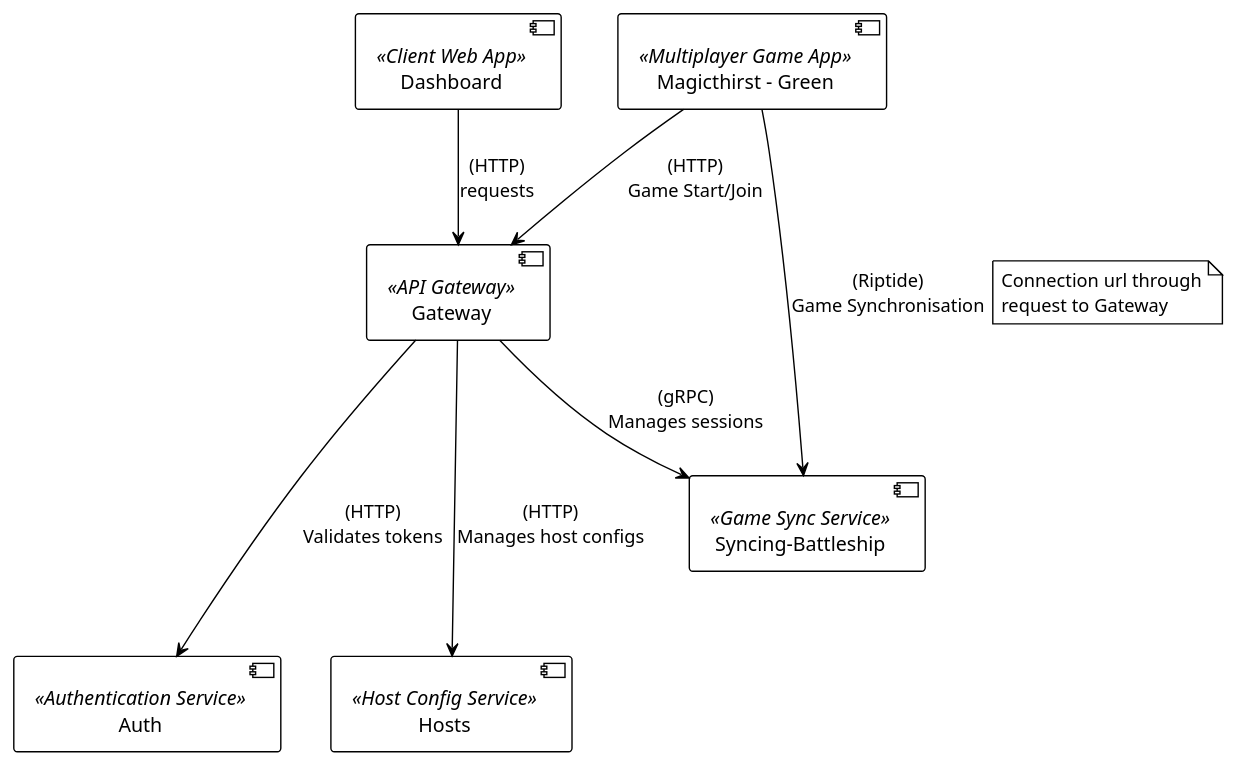
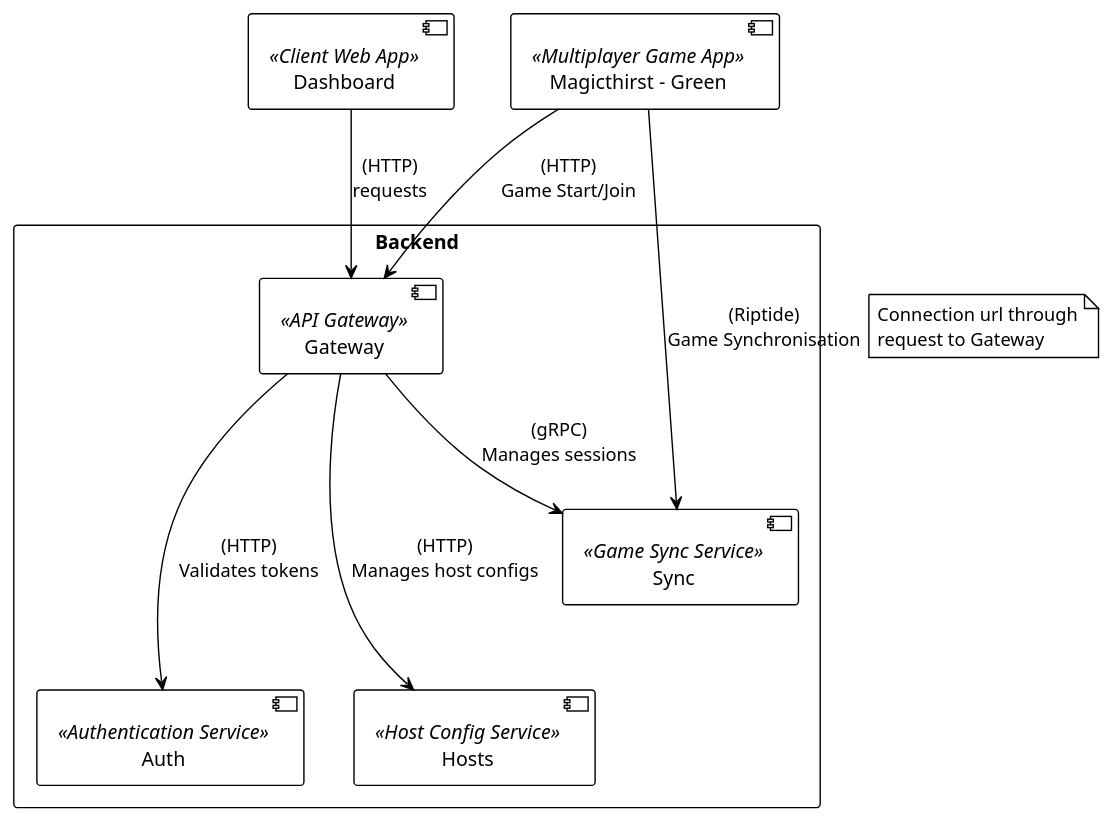
Before and after one commit to Magicthirst/.github: the diagram in puml/components.puml, drawn with PlantUML. The commit also changed 2 other files, not shown here.

```diff
--- a/puml/components.puml
+++ b/puml/components.puml
@@ -1,20 +1,22 @@
 @startuml
 
 !theme plain
 
 component [Dashboard] as Dashboard <<Client Web App>>
 component [Magicthirst - Green] as UnityGame <<Multiplayer Game App>>
-component [Gateway] as Gateway <<API Gateway>>
-component [Auth] as Auth <<Authentication Service>>
-component [Hosts] as Hosts <<Host Config Service>>
-component [Syncing-Battleship] as SyncingBattleship <<Game Sync Service>>
+rectangle Backend {
+    component [Gateway] as Gateway <<API Gateway>>
+    component [Auth] as Auth <<Authentication Service>>
+    component [Hosts] as Hosts <<Host Config Service>>
+    component [Sync] as Sync <<Game Sync Service>>
+}
 
 Dashboard --> Gateway : (HTTP)\nrequests
 UnityGame --> Gateway : (HTTP)\nGame Start/Join
-UnityGame --> SyncingBattleship : (Riptide)\nGame Synchronisation
+UnityGame --> Sync : (Riptide)\nGame Synchronisation
 note right of link: Connection url through\nrequest to Gateway
 Gateway ---> Auth : (HTTP)\nValidates tokens
 Gateway ---> Hosts : (HTTP)\nManages host configs
-Gateway --> SyncingBattleship : (gRPC)\nManages sessions
+Gateway --> Sync : (gRPC)\nManages sessions
 
 @enduml
```
